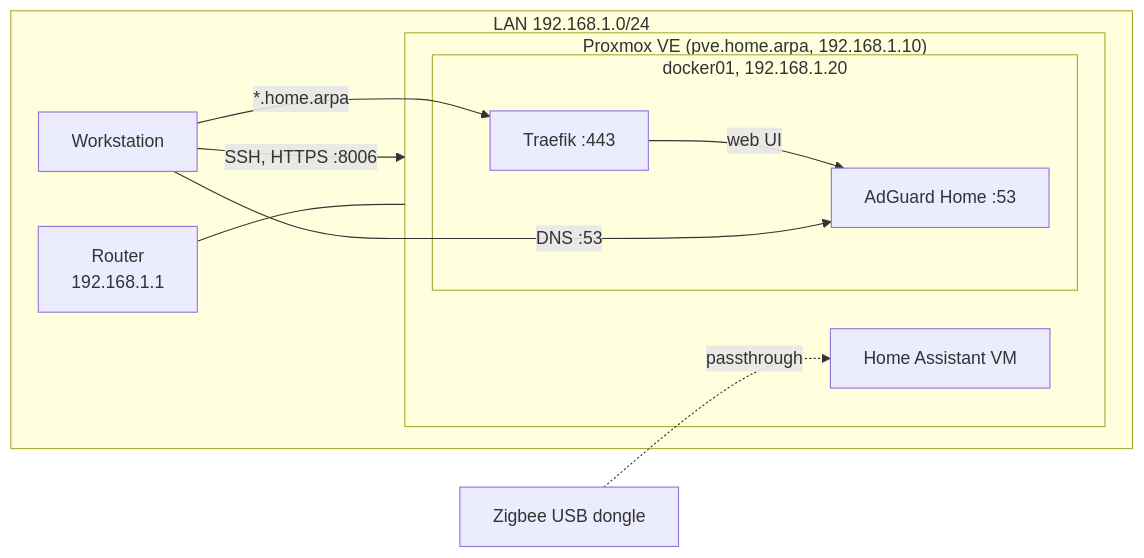
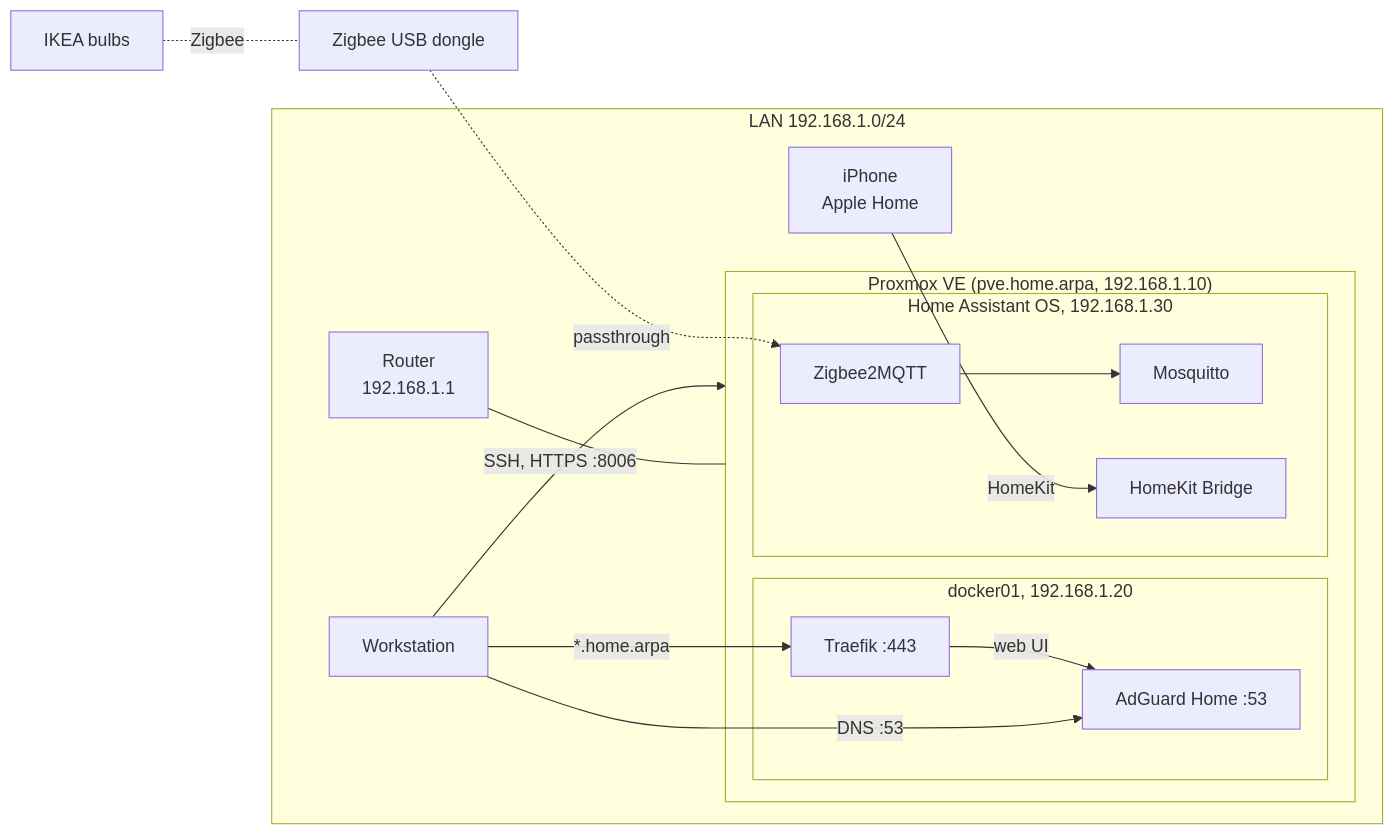
The diagram in README.md (ralferik/homelab), drawn with Mermaid before and after one commit. The commit also changed other lines of this file and 1 other file, not shown here.

Commit message:
Document Home Assistant and Zigbee setup

````diff
--- a/README.md
+++ b/README.md
@@ -12,20 +12,28 @@
 ```mermaid
 flowchart LR
     subgraph LAN["LAN 192.168.1.0/24"]
         router["Router<br/>192.168.1.1"]
         ws["Workstation"]
+        phone["iPhone<br/>Apple Home"]
         subgraph pve["Proxmox VE (pve.home.arpa, 192.168.1.10)"]
             subgraph docker["docker01, 192.168.1.20"]
                 traefik["Traefik :443"]
                 adguard["AdGuard Home :53"]
             end
-            ha["Home Assistant VM"]
+            subgraph haos["Home Assistant OS, 192.168.1.30"]
+                z2m["Zigbee2MQTT"]
+                mqtt["Mosquitto"]
+                homekit["HomeKit Bridge"]
+            end
         end
     end
     ws -- "SSH, HTTPS :8006" --> pve
     ws -- "*.home.arpa" --> traefik
     traefik -- "web UI" --> adguard
     ws -- "DNS :53" --> adguard
     router --- pve
-    dongle["Zigbee USB dongle"] -. passthrough .-> ha
+    dongle["Zigbee USB dongle"] -. passthrough .-> z2m
+    z2m --> mqtt
+    lamps["IKEA bulbs"] -. Zigbee .- dongle
+    phone -- "HomeKit" --> homekit
 ```
````
